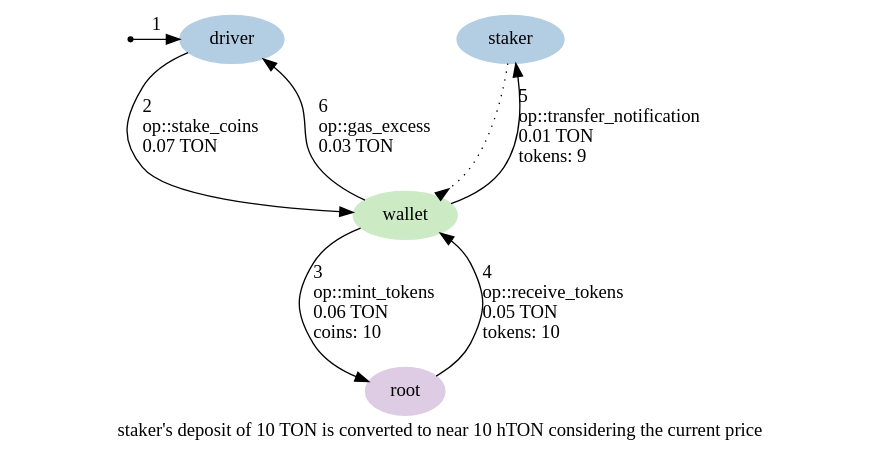
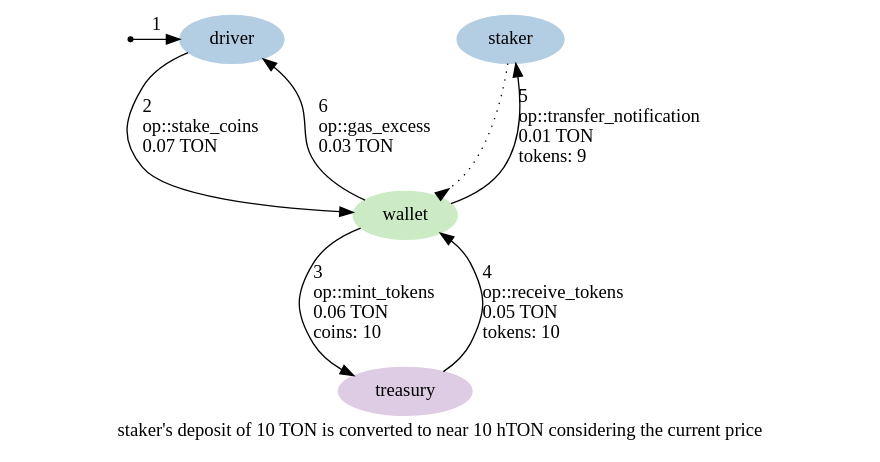
Before and after one commit to HipoFinance/contract: the diagram in graphs/02.2-stake-coins.dot, drawn with Graphviz. The commit also changed 23 other files, not shown here.

Commit message:
Rename root to treasury

```diff
--- a/graphs/02.2-stake-coins.dot
+++ b/graphs/02.2-stake-coins.dot
@@ -1,23 +1,23 @@
 digraph {
     label="staker's deposit of 10 TON is converted to near 10 hTON considering the current price"
     node [ colorscheme=pastel19 style=filled ]
 
     /* Entities */
     external [ shape=point ]
     staker, driver [ color=2 ]
     wallet [ color=3 ]
-    root [ color=4 ]
+    treasury [ color=4 ]
 
     /* Relationships */
     staker -> wallet [ arrowhead=inv style=dotted ]
     external -> driver [ label="1" ]
     driver -> wallet [ label="2\l op::stake_coins\l 0.07 TON\l" ]
-    wallet -> root [ label="3\l op::mint_tokens\l 0.06 TON\l coins: 10\l" ]
-    root -> wallet [ label="4\l op::receive_tokens\l 0.05 TON\l tokens: 10\l" ]
+    wallet -> treasury [ label="3\l op::mint_tokens\l 0.06 TON\l coins: 10\l" ]
+    treasury -> wallet [ label="4\l op::receive_tokens\l 0.05 TON\l tokens: 10\l" ]
     wallet -> staker [ label="5\l op::transfer_notification\l 0.01 TON\l tokens: 9\l" ]
     wallet -> driver [ label="6\l op::gas_excess\l 0.03 TON\l" ]
 
     /* Ranks */
     { rank=min external staker driver }
-    { rank=max root }
+    { rank=max treasury }
 }
```
